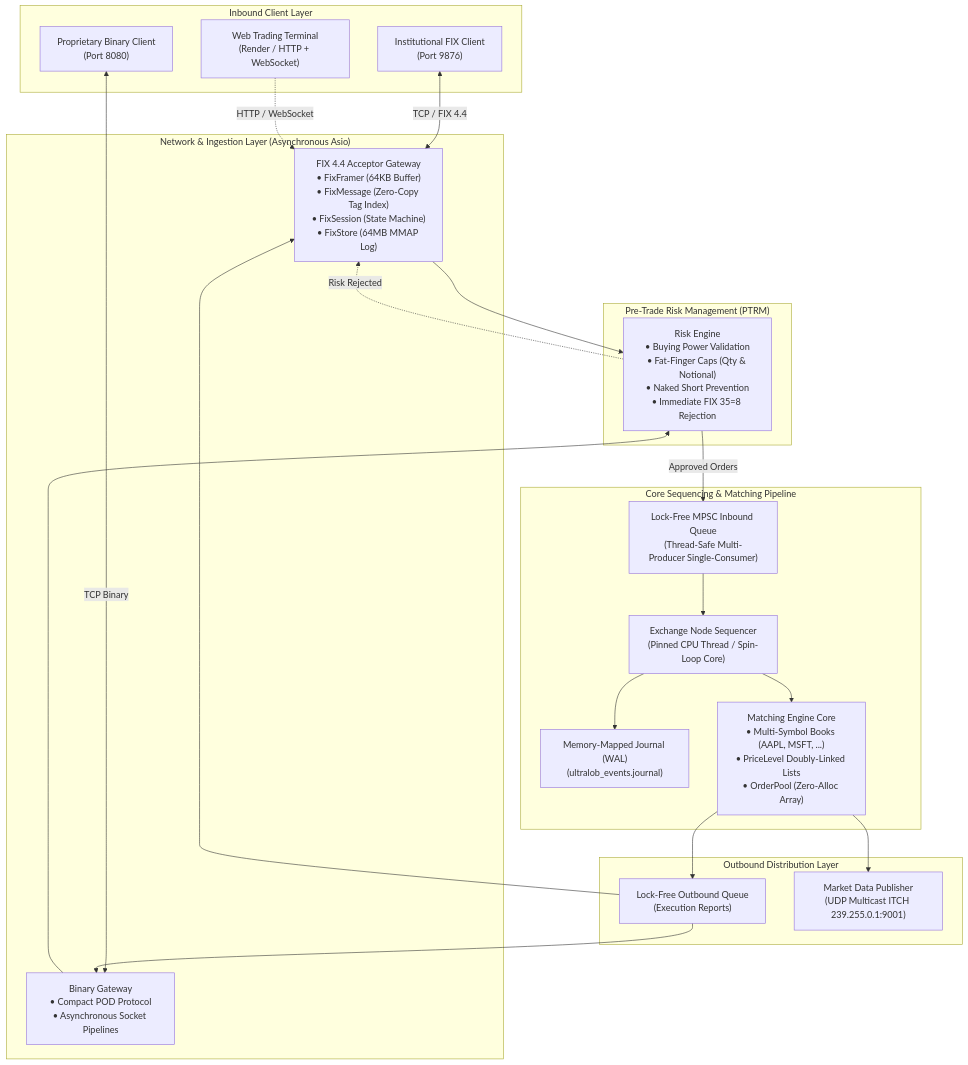
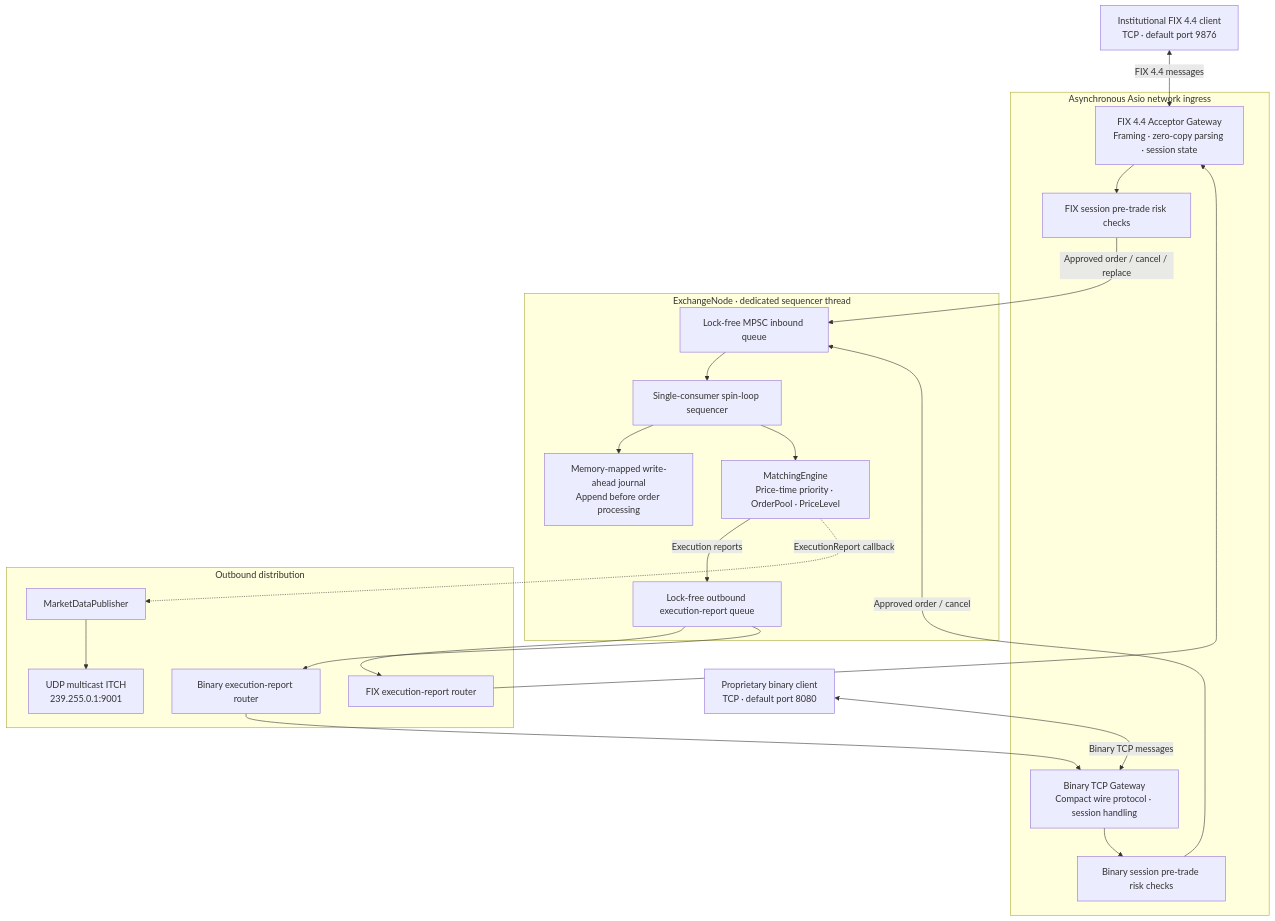
The second of 3 diagrams in README.md (ram-mittal/UltraLOB), drawn with Mermaid before and after one commit. The commit also changed other lines of this file, not shown here.

Commit message:
Document separate web and C++ engine system architecture

````diff
--- a/README.md
+++ b/README.md
@@ -52,48 +108,45 @@
 ```mermaid
-flowchart TD
-    subgraph Clients["Inbound Client Layer"]
-        FIX_Client["Institutional FIX Client\n(Port 9876)"]
-        BIN_Client["Proprietary Binary Client\n(Port 8080)"]
-        WEB_Client["Web Trading Terminal\n(Render / HTTP + WebSocket)"]
+flowchart TB
+    FIXClient["Institutional FIX 4.4 client<br/>TCP · default port 9876"]
+    BinaryClient["Proprietary binary client<br/>TCP · default port 8080"]
+
+    subgraph Ingress["Asynchronous Asio network ingress"]
+        FIXGW["FIX 4.4 Acceptor Gateway<br/>Framing · zero-copy parsing · session state"]
+        BinaryGW["Binary TCP Gateway<br/>Compact wire protocol · session handling"]
+        FIXRisk["FIX session pre-trade risk checks"]
+        BinaryRisk["Binary session pre-trade risk checks"]
     end
 
-    subgraph Gateways["Network & Ingestion Layer (Asynchronous Asio)"]
-        FG["FIX 4.4 Acceptor Gateway\n• FixFramer (64KB Buffer)\n• FixMessage (Zero-Copy Tag Index)\n• FixSession (State Machine)\n• FixStore (64MB MMAP Log)"]
-        BG["Binary Gateway\n• Compact POD Protocol\n• Asynchronous Socket Pipelines"]
+    subgraph Core["ExchangeNode · dedicated sequencer thread"]
+        Inbound["Lock-free MPSC inbound queue"]
+        Sequencer["Single-consumer spin-loop sequencer"]
+        Journal["Memory-mapped write-ahead journal<br/>Append before order processing"]
+        Matching["MatchingEngine<br/>Price-time priority · OrderPool · PriceLevel"]
+        Outbound["Lock-free outbound execution-report queue"]
     end
 
-    subgraph PTRM["Pre-Trade Risk Management (PTRM)"]
-        RE["Risk Engine\n• Buying Power Validation\n• Fat-Finger Caps (Qty & Notional)\n• Naked Short Prevention\n• Immediate FIX 35=8 Rejection"]
+    subgraph Distribution["Outbound distribution"]
+        FIXRouter["FIX execution-report router"]
+        BinaryRouter["Binary execution-report router"]
+        Publisher["MarketDataPublisher"]
+        ITCH["UDP multicast ITCH<br/>239.255.0.1:9001"]
     end
 
-    subgraph Sequencer["Core Sequencing & Matching Pipeline"]
-        MPSC["Lock-Free MPSC Inbound Queue\n(Thread-Safe Multi-Producer Single-Consumer)"]
-        NODE["Exchange Node Sequencer\n(Pinned CPU Thread / Spin-Loop Core)"]
-        WAL["Memory-Mapped Journal (WAL)\n(ultralob_events.journal)"]
-        ENGINE["Matching Engine Core\n• Multi-Symbol Books (AAPL, MSFT, ...)\n• PriceLevel Doubly-Linked Lists\n• OrderPool (Zero-Alloc Array)"]
-    end
+    FIXClient <-->|"FIX 4.4 messages"| FIXGW
+    BinaryClient <-->|"Binary TCP messages"| BinaryGW
+    FIXGW --> FIXRisk
+    BinaryGW --> BinaryRisk
+    FIXRisk -->|"Approved order / cancel / replace"| Inbound
+    BinaryRisk -->|"Approved order / cancel"| Inbound
 
-    subgraph Outbound["Outbound Distribution Layer"]
-        EXEC_Q["Lock-Free Outbound Queue\n(Execution Reports)"]
-        MD_PUB["Market Data Publisher\n(UDP Multicast ITCH 239.255.0.1:9001)"]
-    end
-
-    FIX_Client <-->|TCP / FIX 4.4| FG
-    BIN_Client <-->|TCP Binary| BG
-    WEB_Client -.->|HTTP / WebSocket| FG
-
-    FG --> RE
-    BG --> RE
-    RE -->|Approved Orders| MPSC
-    RE -.->|Risk Rejected| FG
-
-    MPSC --> NODE
-    NODE --> WAL
-    NODE --> ENGINE
-
-    ENGINE --> EXEC_Q
-    ENGINE --> MD_PUB
-
-    EXEC_Q --> FG
-    EXEC_Q --> BG
+    Inbound --> Sequencer
+    Sequencer --> Journal
+    Sequencer --> Matching
+    Matching -->|"Execution reports"| Outbound
+    Outbound --> FIXRouter
+    Outbound --> BinaryRouter
+    FIXRouter --> FIXGW
+    BinaryRouter --> BinaryGW
+    Matching -.->|"ExecutionReport callback"| Publisher
+    Publisher --> ITCH
 ```
````
